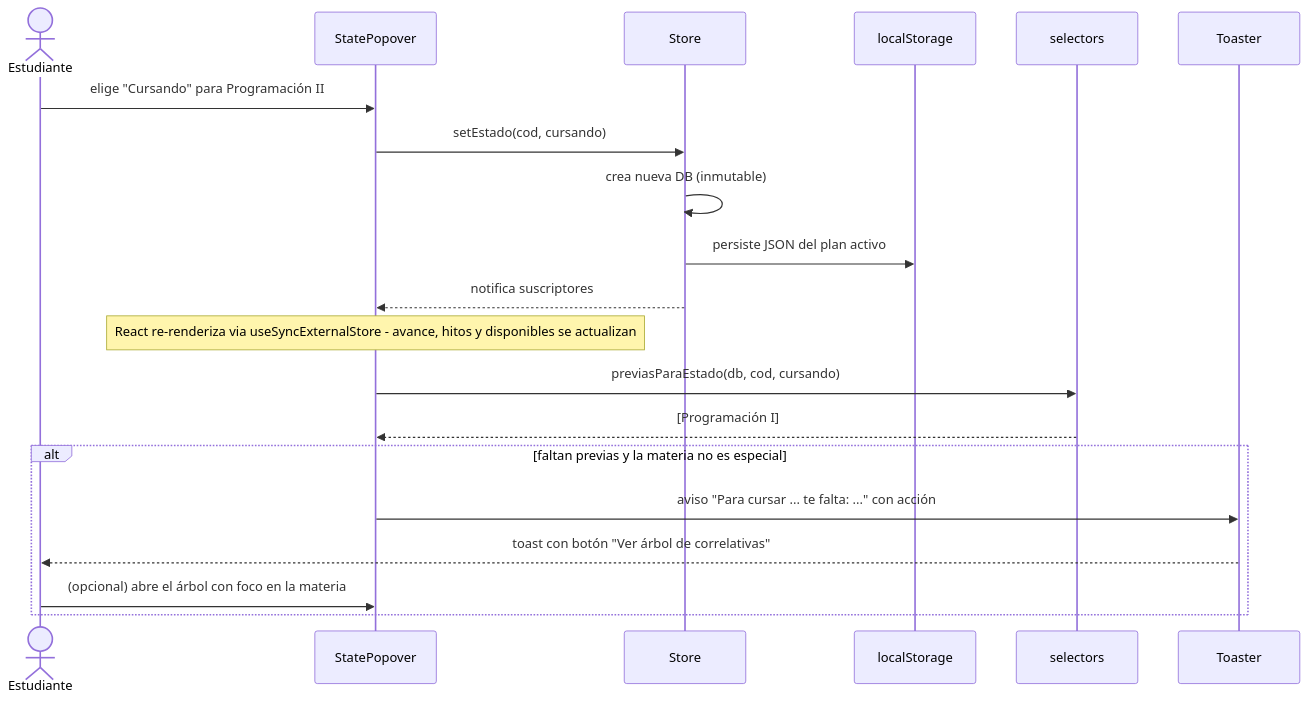
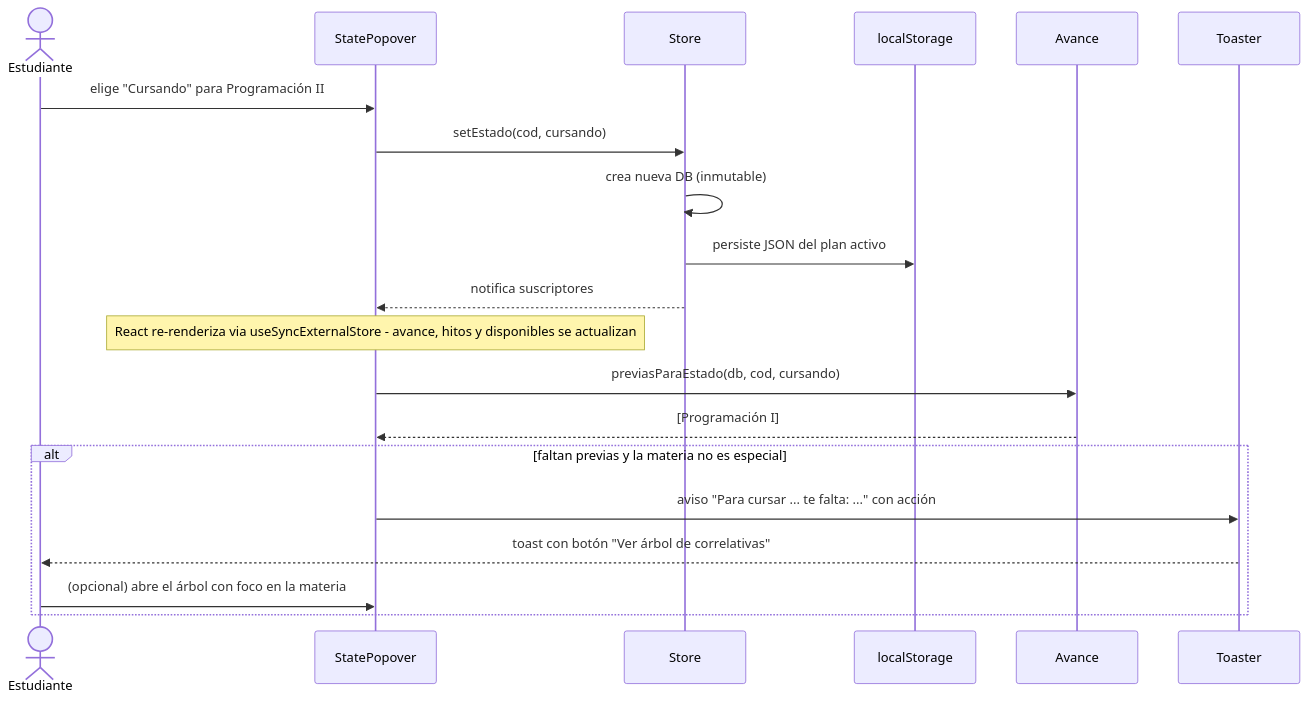
The fourth of 4 diagrams in docs/04-arquitectura.md (luzzaragoza/cuanto-me-falta), drawn with Mermaid before and after one commit. The commit also changed other lines of this file and 68 other files, not shown here.

````diff
--- a/docs/04-arquitectura.md
+++ b/docs/04-arquitectura.md
@@ -172,24 +253,24 @@
 ```mermaid
 %% svg:secuencia
 sequenceDiagram
     actor E as Estudiante
     participant UI as StatePopover
     participant ST as Store
     participant LS as localStorage
-    participant SEL as selectors
+    participant SEL as Avance
     participant TO as Toaster
 
     E->>UI: elige "Cursando" para Programación II
     UI->>ST: setEstado(cod, cursando)
     ST->>ST: crea nueva DB (inmutable)
     ST->>LS: persiste JSON del plan activo
     ST-->>UI: notifica suscriptores
     Note over UI: React re-renderiza via useSyncExternalStore - avance, hitos y disponibles se actualizan
     UI->>SEL: previasParaEstado(db, cod, cursando)
     SEL-->>UI: [Programación I]
     alt faltan previas y la materia no es especial
         UI->>TO: aviso "Para cursar ... te falta: ..." con acción
         TO-->>E: toast con botón "Ver árbol de correlativas"
         E->>UI: (opcional) abre el árbol con foco en la materia
     end
 ```
````
